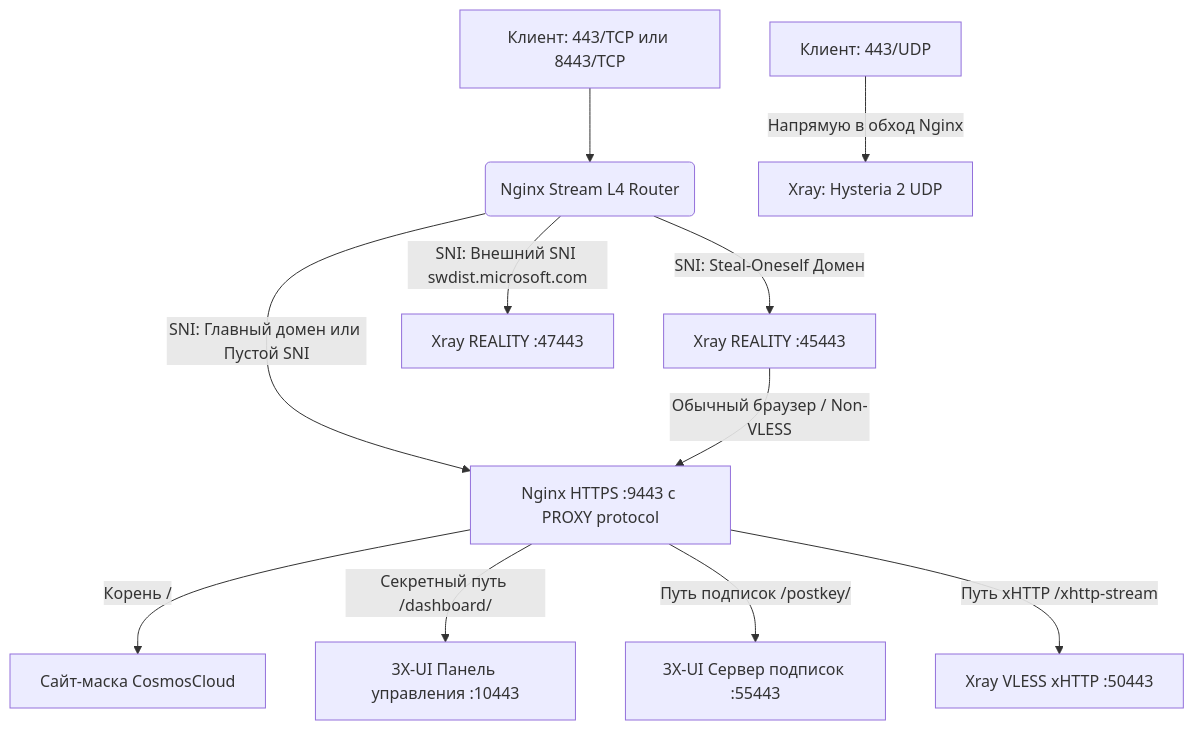
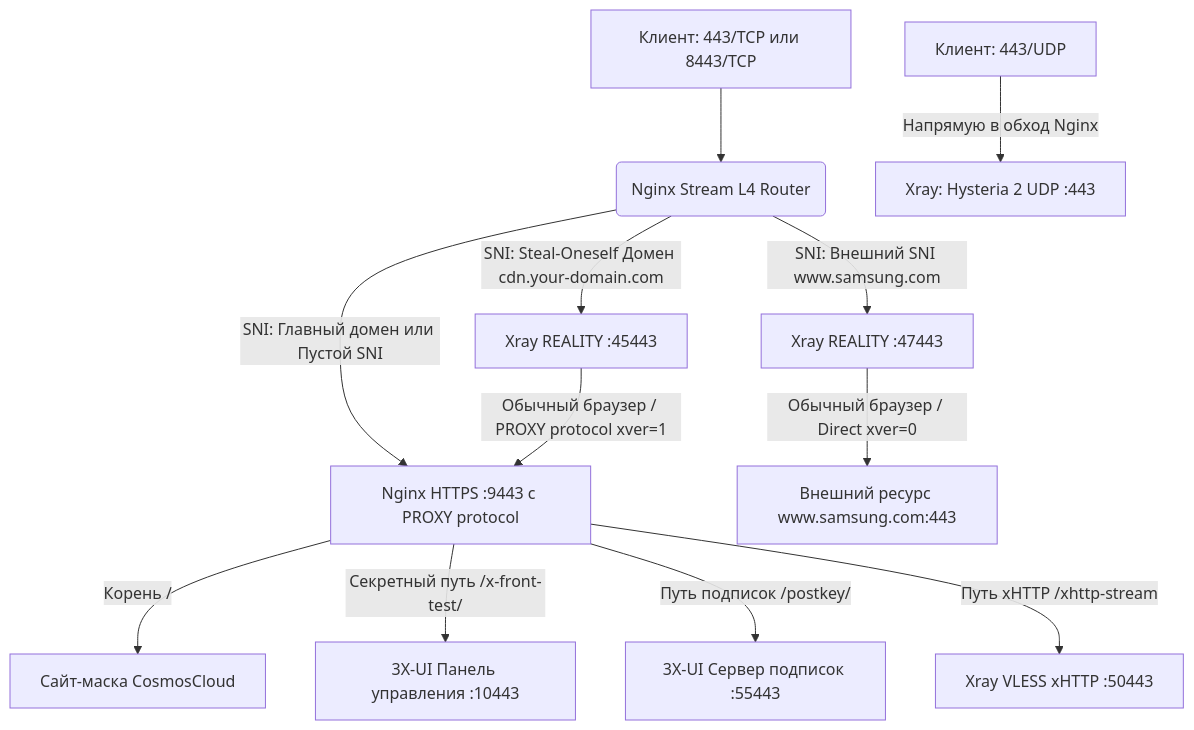
The diagram in README.md (torrua/Nginx-L4-Stream-Router-Mask-for-3x-ui), drawn with Mermaid before and after one commit. The commit also changed other lines of this file, not shown here.

````diff
--- a/README.md
+++ b/README.md
@@ -49,16 +33,17 @@
 ```mermaid
 graph TD
     Client443TCP[Клиент: 443/TCP или 8443/TCP] --> NginxStream(Nginx Stream L4 Router)
-    Client443UDP[Клиент: 443/UDP] -->|Напрямую в обход Nginx| XrayHysteria[Xray: Hysteria 2 UDP]
+    Client443UDP[Клиент: 443/UDP] -->|Напрямую в обход Nginx| XrayHysteria[Xray: Hysteria 2 UDP :443]
 
     NginxStream -->|SNI: Главный домен или Пустой SNI| NginxHTTP[Nginx HTTPS :9443 с PROXY protocol]
-    NginxStream -->|SNI: Steal-Oneself Домен| XrayStealREALITY[Xray REALITY :45443]
-    NginxStream -->|SNI: Внешний SNI swdist.microsoft.com| XrayClassicREALITY[Xray REALITY :47443]
+    NginxStream -->|SNI: Steal-Oneself Домен cdn.your-domain.com| XrayStealREALITY[Xray REALITY :45443]
+    NginxStream -->|SNI: Внешний SNI www.samsung.com| XrayClassicREALITY[Xray REALITY :47443]
 
-    XrayStealREALITY -->|Обычный браузер / Non-VLESS| NginxHTTP
+    XrayStealREALITY -->|Обычный браузер / PROXY protocol xver=1| NginxHTTP
+    XrayClassicREALITY -->|Обычный браузер / Direct xver=0| ExternalSite[Внешний ресурс www.samsung.com:443]
     
     NginxHTTP -->|Корень /| DecoySite[Сайт-маска CosmosCloud]
-    NginxHTTP -->|Секретный путь /dashboard/| Panel3X[3X-UI Панель управления :10443]
+    NginxHTTP -->|Секретный путь /x-front-test/| Panel3X[3X-UI Панель управления :10443]
     NginxHTTP -->|Путь подписок /postkey/| PanelSub[3X-UI Сервер подписок :55443]
     NginxHTTP -->|Путь xHTTP /xhttp-stream| XrayXHTTP[Xray VLESS xHTTP :50443]
 ```
````
